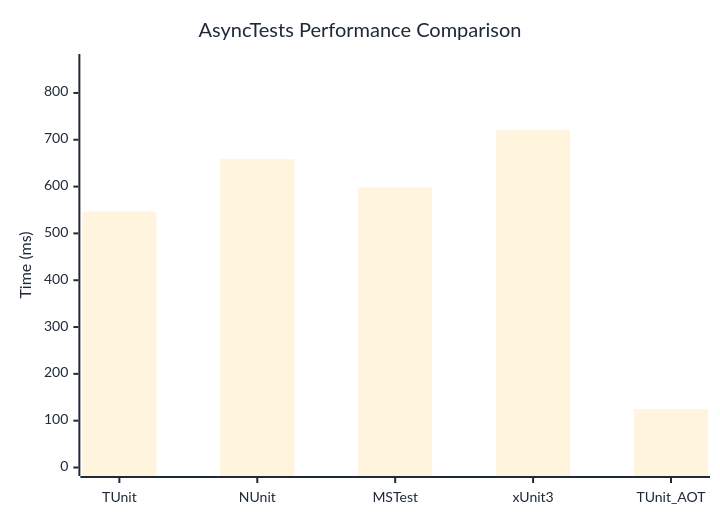
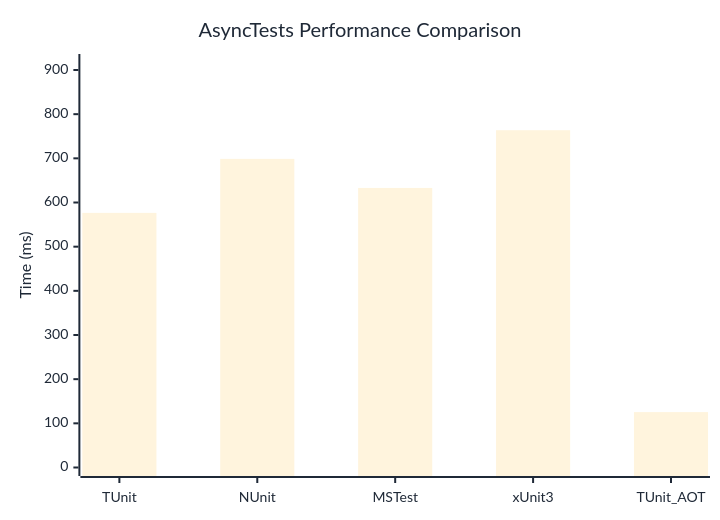
Before and after one commit to thomhurst/TUnit: the diagram in docs/docs/benchmarks/AsyncTests.md, drawn with Mermaid. The commit also changed other lines of this file and 17 other files, not shown here.

````diff
--- a/docs/docs/benchmarks/AsyncTests.md
+++ b/docs/docs/benchmarks/AsyncTests.md
@@ -27,37 +27,37 @@
 ```mermaid
 %%{init: {
   'theme':'base',
   'themeVariables': {
     'primaryColor': '#2563eb',
     'primaryTextColor': '#1f2937',
     'primaryBorderColor': '#1e40af',
     'lineColor': '#6b7280',
     'secondaryColor': '#7c3aed',
     'tertiaryColor': '#dc2626',
     'background': '#ffffff',
     'mainBkg': '#2563eb',
     'secondBkg': '#7c3aed',
     'tertiaryBkg': '#dc2626',
     'clusterBkg': '#f3f4f6',
     'edgeLabelBackground': '#ffffff',
     'tertiaryTextColor': '#1f2937',
     'pie1': '#2563eb',
     'pie2': '#7c3aed',
     'pie3': '#dc2626',
     'pie4': '#f59e0b',
     'pie5': '#10b981',
     'pie6': '#06b6d4',
     'pie7': '#ec4899',
     'pie8': '#6366f1',
     'pie9': '#84cc16',
     'pie10': '#f97316',
     'pie11': '#14b8a6',
     'pie12': '#a855f7'
   }
 }}%%
 xychart-beta
   title "AsyncTests Performance Comparison"
   x-axis ["TUnit", "NUnit", "MSTest", "xUnit3", "TUnit_AOT"]
-  y-axis "Time (ms)" 0 --> 865
-  bar [546.5, 658.6, 597.9, 720.6, 125]
+  y-axis "Time (ms)" 0 --> 917
+  bar [576.5, 698.8, 633, 763.7, 125.4]
 ```
````
